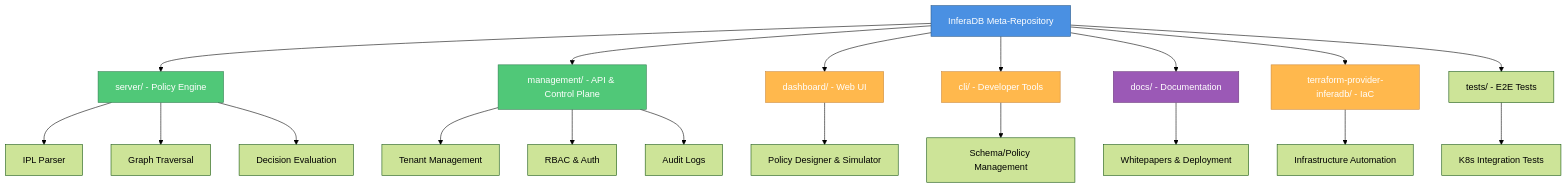
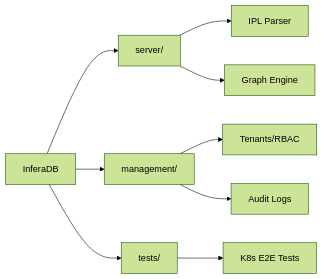
The diagram in README.md (inferadb/inferadb), drawn with Mermaid (forest theme) before and after one commit. The commit also changed other lines of this file and 1 other file, not shown here.

````diff
--- a/README.md
+++ b/README.md
@@ -124,36 +77,11 @@
 ```mermaid
-graph TD
-    A[InferaDB Meta-Repository] --> B[server/ - Policy Engine]
-    A --> C[management/ - API & Control Plane]
-    A --> D[dashboard/ - Web UI]
-    A --> E[cli/ - Developer Tools]
-    A --> F[docs/ - Documentation]
-    A --> G[terraform-provider-inferadb/ - IaC]
-    A --> H[tests/ - E2E Tests]
-
+graph LR
+    A[InferaDB] --> B[server/]
+    A --> C[management/]
+    A --> D[tests/]
     B --> B1[IPL Parser]
-    B --> B2[Graph Traversal]
-    B --> B3[Decision Evaluation]
-
-    C --> C1[Tenant Management]
-    C --> C2[RBAC & Auth]
-    C --> C3[Audit Logs]
-
-    D --> D1[Policy Designer & Simulator]
-
-    E --> E1[Schema/Policy Management]
-
-    F --> F1[Whitepapers & Deployment]
-
-    G --> G1[Infrastructure Automation]
-
-    H --> H1[K8s Integration Tests]
-
-    style A fill:#4A90E2,stroke:#2E5C8A,color:#fff
-    style B fill:#50C878,stroke:#2E7D4E,color:#fff
-    style C fill:#50C878,stroke:#2E7D4E,color:#fff
-    style D fill:#FFB84D,stroke:#CC8A3D,color:#fff
-    style E fill:#FFB84D,stroke:#CC8A3D,color:#fff
-    style F fill:#9B59B6,stroke:#6C3A7C,color:#fff
-    style G fill:#FFB84D,stroke:#CC8A3D,color:#fff
+    B --> B2[Graph Engine]
+    C --> C1[Tenants/RBAC]
+    C --> C2[Audit Logs]
+    D --> D1[K8s E2E Tests]
 ```
````
